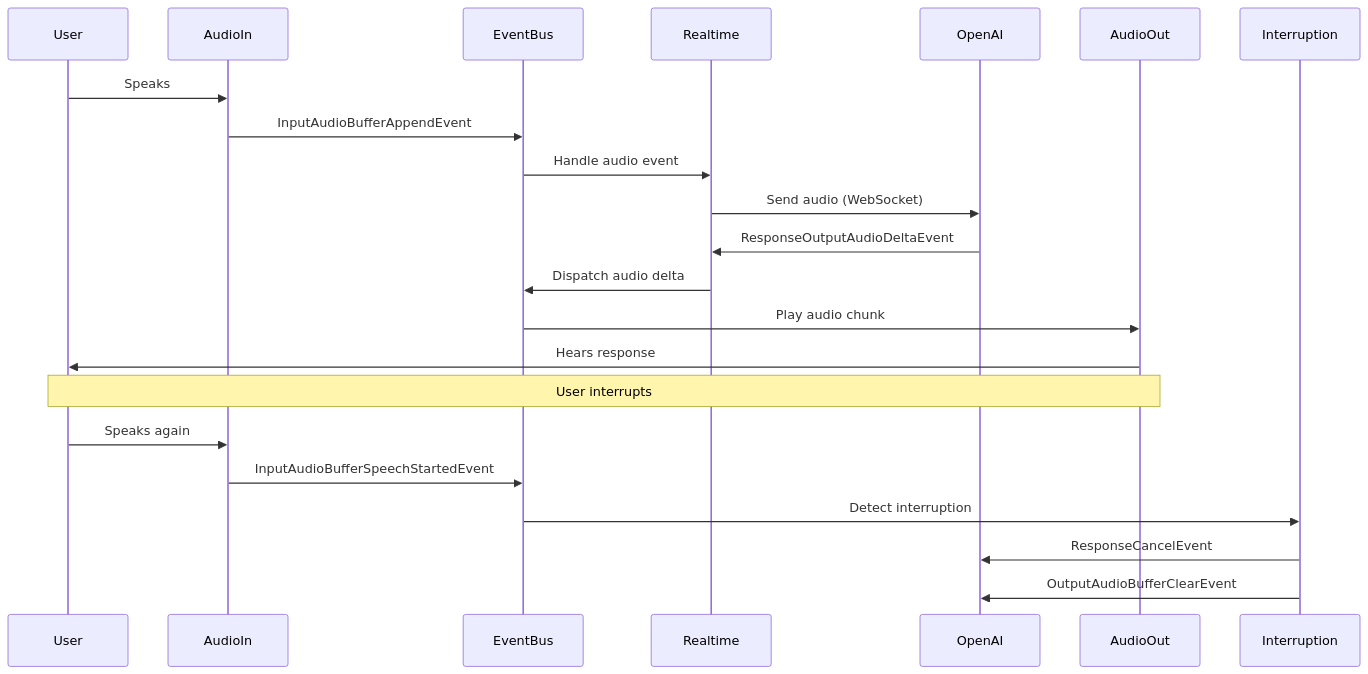
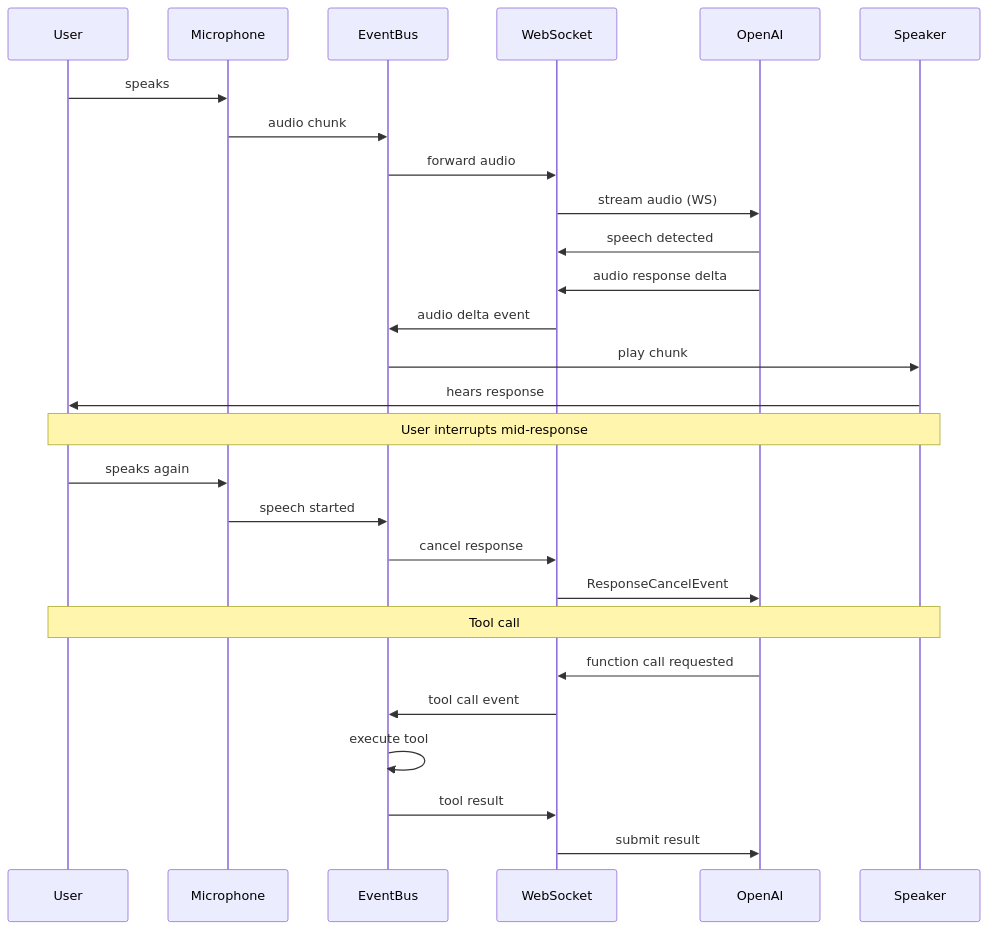
One commit to mathisarends/rtvoice changed the second of 2 diagrams in README.md. Above: the diagram before and after it, drawn with Mermaid. The commit also changed other lines of this file, not shown here.

````diff
--- a/README.md
+++ b/README.md
@@ -156,25 +332,33 @@
 ```mermaid
 sequenceDiagram
     participant User
-    participant AudioIn
+    participant Microphone
     participant EventBus
-    participant Realtime
+    participant WebSocket
     participant OpenAI
-    participant AudioOut
+    participant Speaker
 
-    User->>AudioIn: Speaks
-    AudioIn->>EventBus: InputAudioBufferAppendEvent
-    EventBus->>Realtime: Handle audio event
-    Realtime->>OpenAI: Send audio (WebSocket)
-    OpenAI->>Realtime: ResponseOutputAudioDeltaEvent
-    Realtime->>EventBus: Dispatch audio delta
-    EventBus->>AudioOut: Play audio chunk
-    AudioOut->>User: Hears response
+    User->>Microphone: speaks
+    Microphone->>EventBus: audio chunk
+    EventBus->>WebSocket: forward audio
+    WebSocket->>OpenAI: stream audio (WS)
 
-    Note over User,AudioOut: User interrupts
-    User->>AudioIn: Speaks again
-    AudioIn->>EventBus: InputAudioBufferSpeechStartedEvent
-    EventBus->>Interruption: Detect interruption
-    Interruption->>OpenAI: ResponseCancelEvent
-    Interruption->>OpenAI: OutputAudioBufferClearEvent
+    OpenAI->>WebSocket: speech detected
+    OpenAI->>WebSocket: audio response delta
+    WebSocket->>EventBus: audio delta event
+    EventBus->>Speaker: play chunk
+    Speaker->>User: hears response
+
+    Note over User,Speaker: User interrupts mid-response
+    User->>Microphone: speaks again
+    Microphone->>EventBus: speech started
+    EventBus->>WebSocket: cancel response
+    WebSocket->>OpenAI: ResponseCancelEvent
+
+    Note over User,Speaker: Tool call
+    OpenAI->>WebSocket: function call requested
+    WebSocket->>EventBus: tool call event
+    EventBus->>EventBus: execute tool
+    EventBus->>WebSocket: tool result
+    WebSocket->>OpenAI: submit result
 ```
````
